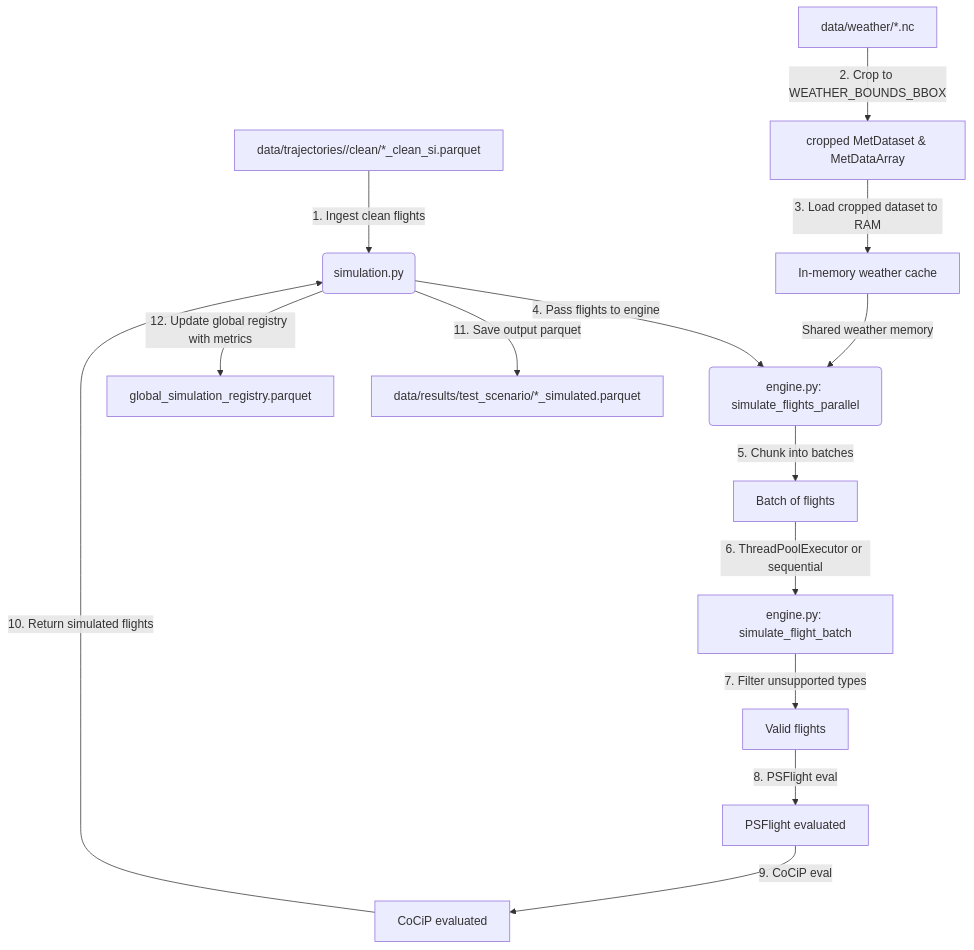
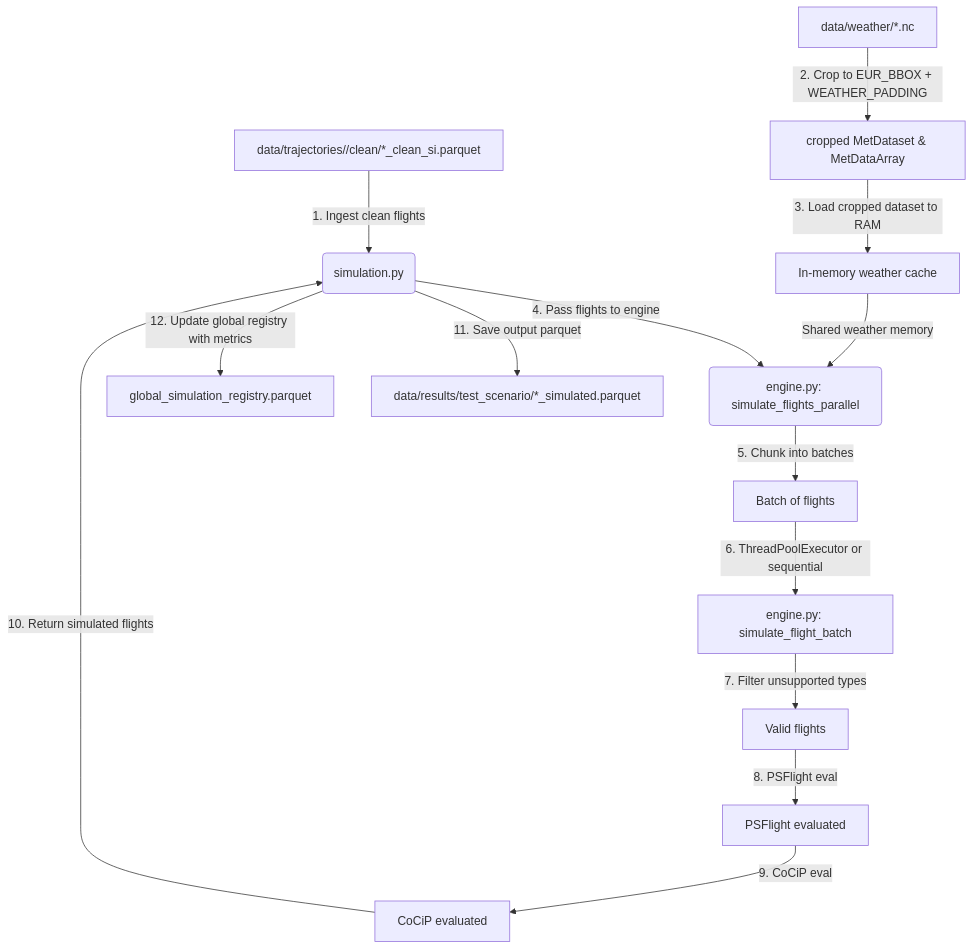
The first of 2 diagrams in src/core/physics/README.md (Bauzement123/flight-physics-pipeline), drawn with Mermaid before and after one commit. The commit also changed other lines of this file and 12 other files, not shown here.

Commit message:
feat(acquisition): extract strict BBOX filter to apply_bounds_and_filters.py; update padding constants

````diff
--- a/src/core/physics/README.md
+++ b/src/core/physics/README.md
@@ -77,19 +77,19 @@
 ```mermaid
 graph TD
     A["data/trajectories/<corridor>/clean/*_clean_si.parquet"] -->|1. Ingest clean flights| B(simulation.py)
-    C[data/weather/*.nc] -->|2. Crop to WEATHER_BOUNDS_BBOX| D[cropped MetDataset & MetDataArray]
+    C[data/weather/*.nc] -->|2. Crop to EUR_BBOX + WEATHER_PADDING| D[cropped MetDataset & MetDataArray]
     D -->|3. Load cropped dataset to RAM| E[In-memory weather cache]
     
     B -->|4. Pass flights to engine| F(engine.py: simulate_flights_parallel)
     E -->|Shared weather memory| F
     
     F -->|5. Chunk into batches| G[Batch of flights]
     G -->|6. ThreadPoolExecutor or sequential| H[engine.py: simulate_flight_batch]
     H -->|7. Filter unsupported types| I[Valid flights]
     I -->|8. PSFlight eval| J[PSFlight evaluated]
     J -->|9. CoCiP eval| K[CoCiP evaluated]
     
     K -->|10. Return simulated flights| B
     B -->|11. Save output parquet| L[data/results/test_scenario/*_simulated.parquet]
     B -->|12. Update global registry with metrics| M[global_simulation_registry.parquet]
 ```
````
